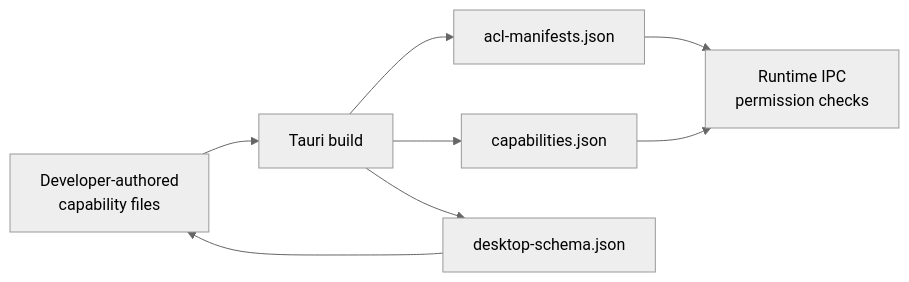
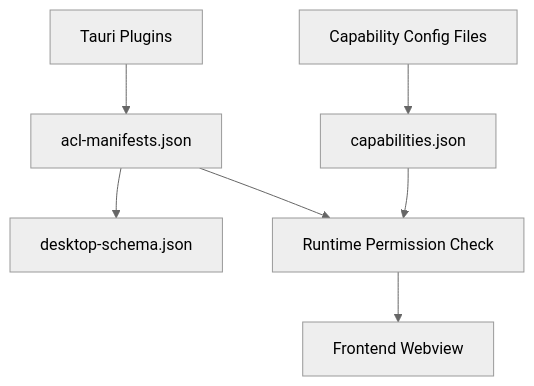
The diagram in other-librefang-desktop-gen.md (leszek3737/librefang-WIki), drawn with Mermaid (neutral theme) before and after one commit. The commit also changed other lines of this file and 120 other files, not shown here.

````diff
--- a/other-librefang-desktop-gen.md
+++ b/other-librefang-desktop-gen.md
@@ -21,10 +19,9 @@
 ```mermaid
-flowchart LR
-    A[Developer-authored<br>capability files] --> B[Tauri build]
-    B --> C[acl-manifests.json]
-    B --> D[capabilities.json]
+graph TD
+    A[Tauri Plugins] --> B[acl-manifests.json]
+    C[Capability Config Files] --> D[capabilities.json]
     B --> E[desktop-schema.json]
-    C --> F[Runtime IPC<br>permission checks]
-    D --> F
-    E --> A
+    D --> F[Runtime Permission Check]
+    B --> F
+    F --> G[Frontend Webview]
 ```
````
